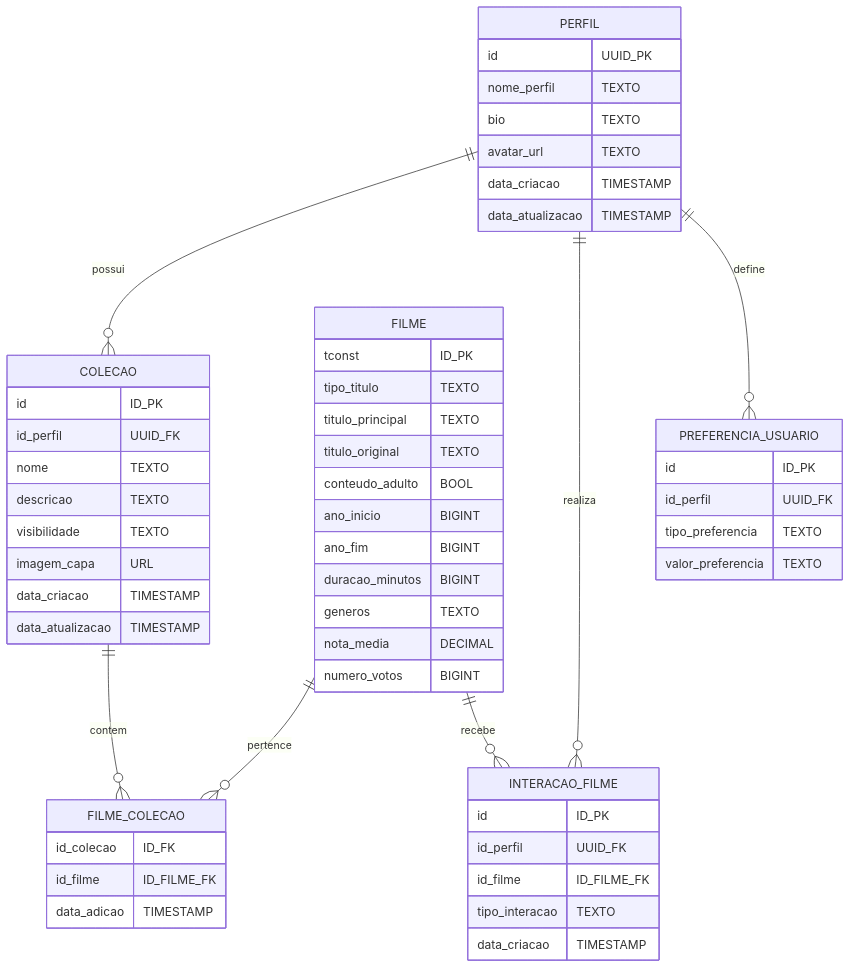
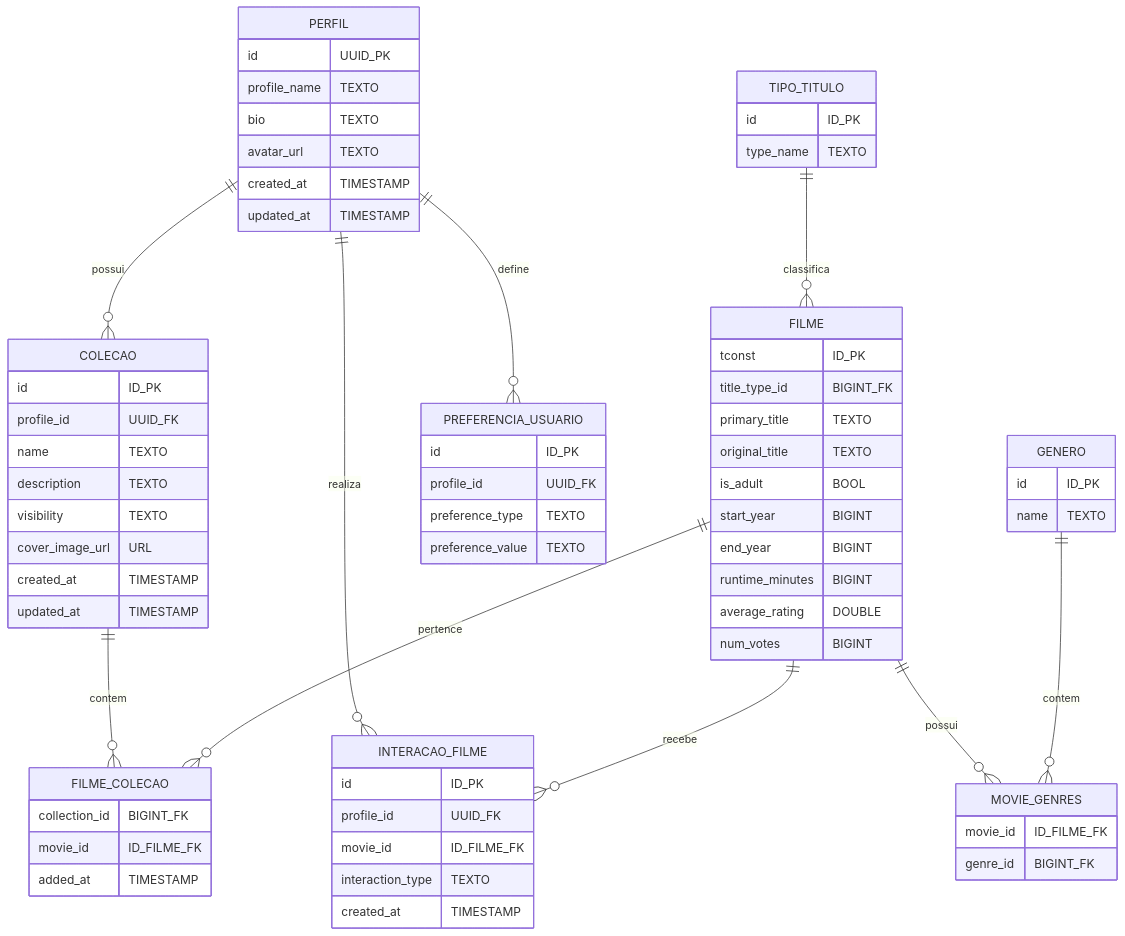
The diagram in DOCUMENTACAO_BANCO_DE_DADOS.md (Reelstack/reelstack), drawn with Mermaid before and after one commit.

Commit message:
Atualiza diagrama ER e nomes de campos do banco
O diagrama entidade-relacionamento foi expandido para incluir as tabelas GENERO, MOVIE_GENRES e TIPO_TITULO, além de atualizar nomes de campos e tabelas para inglês e padronizar convenções de nomenclatura. Essas mudanças melhoram a clareza e a estrutura do modelo de dados.

````diff
--- a/DOCUMENTACAO_BANCO_DE_DADOS.md
+++ b/DOCUMENTACAO_BANCO_DE_DADOS.md
@@ -99,65 +99,81 @@
 ```mermaid
 erDiagram
-    PERFIL ||--o{ COLECAO : possui
-    COLECAO ||--o{ FILME_COLECAO : contem
-    FILME ||--o{ FILME_COLECAO : pertence
-    PERFIL ||--o{ INTERACAO_FILME : realiza
-    FILME ||--o{ INTERACAO_FILME : recebe
-    PERFIL ||--o{ PREFERENCIA_USUARIO : define
+   PERFIL ||--o{ COLECAO : possui
+   COLECAO ||--o{ FILME_COLECAO : contem
+   FILME ||--o{ FILME_COLECAO : pertence
+   PERFIL ||--o{ INTERACAO_FILME : realiza
+   FILME ||--o{ INTERACAO_FILME : recebe
+   PERFIL ||--o{ PREFERENCIA_USUARIO : define
+   FILME ||--o{ MOVIE_GENRES : possui
+   GENERO ||--o{ MOVIE_GENRES : contem
+   TIPO_TITULO ||--o{ FILME : classifica
 
-    PERFIL {
-        id UUID_PK
-        nome_perfil TEXTO
-        bio TEXTO
-        avatar_url TEXTO
-        data_criacao TIMESTAMP
-        data_atualizacao TIMESTAMP
-    }
+   PERFIL {
+       id UUID_PK
+       profile_name TEXTO
+       bio TEXTO
+       avatar_url TEXTO
+       created_at TIMESTAMP
+       updated_at TIMESTAMP
+   }
 
-    COLECAO {
-        id ID_PK
-        id_perfil UUID_FK
-        nome TEXTO
-        descricao TEXTO
-        visibilidade TEXTO
-        imagem_capa URL
-        data_criacao TIMESTAMP
-        data_atualizacao TIMESTAMP
-    }
+   COLECAO {
+       id ID_PK
+       profile_id UUID_FK
+       name TEXTO
+       description TEXTO
+       visibility TEXTO
+       cover_image_url URL
+       created_at TIMESTAMP
+       updated_at TIMESTAMP
+   }
 
-    FILME {
-        tconst ID_PK
-        tipo_titulo TEXTO
-        titulo_principal TEXTO
-        titulo_original TEXTO
-        conteudo_adulto BOOL
-        ano_inicio BIGINT
-        ano_fim BIGINT
-        duracao_minutos BIGINT
-        generos TEXTO
-        nota_media DECIMAL
-        numero_votos BIGINT
-    }
+   FILME {
+       tconst ID_PK
+       title_type_id BIGINT_FK
+       primary_title TEXTO
+       original_title TEXTO
+       is_adult BOOL
+       start_year BIGINT
+       end_year BIGINT
+       runtime_minutes BIGINT
+       average_rating DOUBLE
+       num_votes BIGINT
+   }
 
-    FILME_COLECAO {
-        id_colecao ID_FK
-        id_filme ID_FILME_FK
-        data_adicao TIMESTAMP
-    }
+   FILME_COLECAO {
+       collection_id BIGINT_FK
+       movie_id ID_FILME_FK
+       added_at TIMESTAMP
+   }
 
-    INTERACAO_FILME {
-        id ID_PK
-        id_perfil UUID_FK
-        id_filme ID_FILME_FK
-        tipo_interacao TEXTO
-        data_criacao TIMESTAMP
-    }
+   INTERACAO_FILME {
+       id ID_PK
+       profile_id UUID_FK
+       movie_id ID_FILME_FK
+       interaction_type TEXTO
+       created_at TIMESTAMP
+   }
 
-    PREFERENCIA_USUARIO {
-        id ID_PK
-        id_perfil UUID_FK
-        tipo_preferencia TEXTO
-        valor_preferencia TEXTO
-    }
+   PREFERENCIA_USUARIO {
+       id ID_PK
+       profile_id UUID_FK
+       preference_type TEXTO
+       preference_value TEXTO
+   }
 
+   GENERO {
+       id ID_PK
+       name TEXTO
+   }
+
+   MOVIE_GENRES {
+       movie_id ID_FILME_FK
+       genre_id BIGINT_FK
+   }
+
+   TIPO_TITULO {
+       id ID_PK
+       type_name TEXTO
+   }
 ```
````
